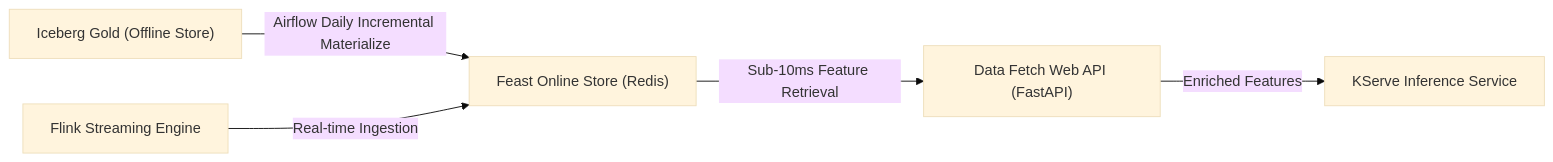
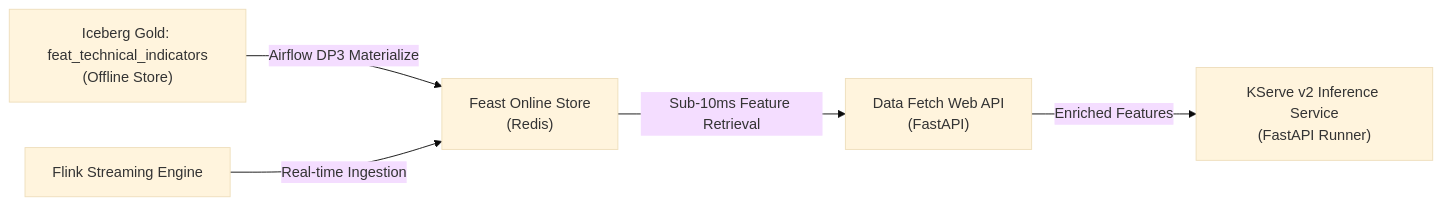
One commit to LongDeutsch/edai_quant_k11 changed the first of 2 diagrams in domain/quant/02_ml_platform.md. Above: the diagram before and after it, drawn with Mermaid (base theme). The commit also changed other lines of this file and 872 other files, not shown here.

Commit message:
full flow integrate and ui dashboard update

````diff
--- a/domain/quant/02_ml_platform.md
+++ b/domain/quant/02_ml_platform.md
@@ -37,7 +37,7 @@
 ```mermaid
 flowchart LR
-    Iceberg["Iceberg Gold (Offline Store)"] -->|"Airflow Daily Incremental Materialize"| FeastOnline["Feast Online Store (Redis)"]
+    Iceberg["Iceberg Gold: feat_technical_indicators<br>(Offline Store)"] -->|"Airflow DP3 Materialize"| FeastOnline["Feast Online Store<br>(Redis)"]
     Flink["Flink Streaming Engine"] -->|"Real-time Ingestion"| FeastOnline
-    FeastOnline -->|"Sub-10ms Feature Retrieval"| WebAPI["Data Fetch Web API (FastAPI)"]
-    WebAPI -->|"Enriched Features"| KServe["KServe Inference Service"]
+    FeastOnline -->|"Sub-10ms Feature Retrieval"| WebAPI["Data Fetch Web API<br>(FastAPI)"]
+    WebAPI -->|"Enriched Features"| KServe["KServe v2 Inference Service<br>(FastAPI Runner)"]
 ```
````
